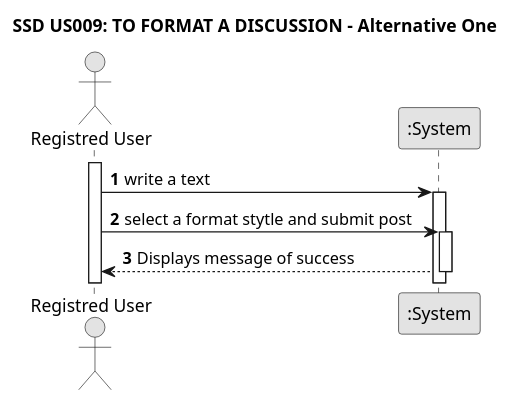
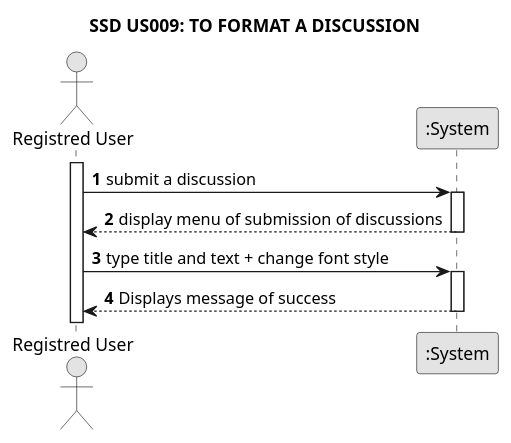
Before and after one commit to TiagoMagalhaes1232507/Testando-projeto: the diagram in docs/sprint01/us009/01.requirements-engineering/puml/us009-system-sequence-diagram-alternative-one.puml, drawn with PlantUML. The commit also changed 8 other files, not shown here.

```diff
--- a/docs/sprint01/us009/01.requirements-engineering/puml/us009-system-sequence-diagram-alternative-one.puml
+++ b/docs/sprint01/us009/01.requirements-engineering/puml/us009-system-sequence-diagram-alternative-one.puml
@@ -1,25 +1,28 @@
 @startuml
 skinparam monochrome true
 skinparam packageStyle rectangle
 skinparam shadowing false
 
 
-title SSD US009: TO FORMAT A DISCUSSION - Alternative One
+title SSD US009: TO FORMAT A DISCUSSION
 
 autonumber
 
 actor "Registred User" as User
 participant ":System" as System
 
 activate User
 
-    User -> System : write a text
+    User -> System : submit a discussion
     activate System
 
-    User -> System : select a format stytle and submit post
+    System --> User : display menu of submission of discussions
+    deactivate System
+
+    User -> System : type title and text + change font style
     activate System
 
     System --> User : Displays message of success
     deactivate System
 
 @enduml
```
